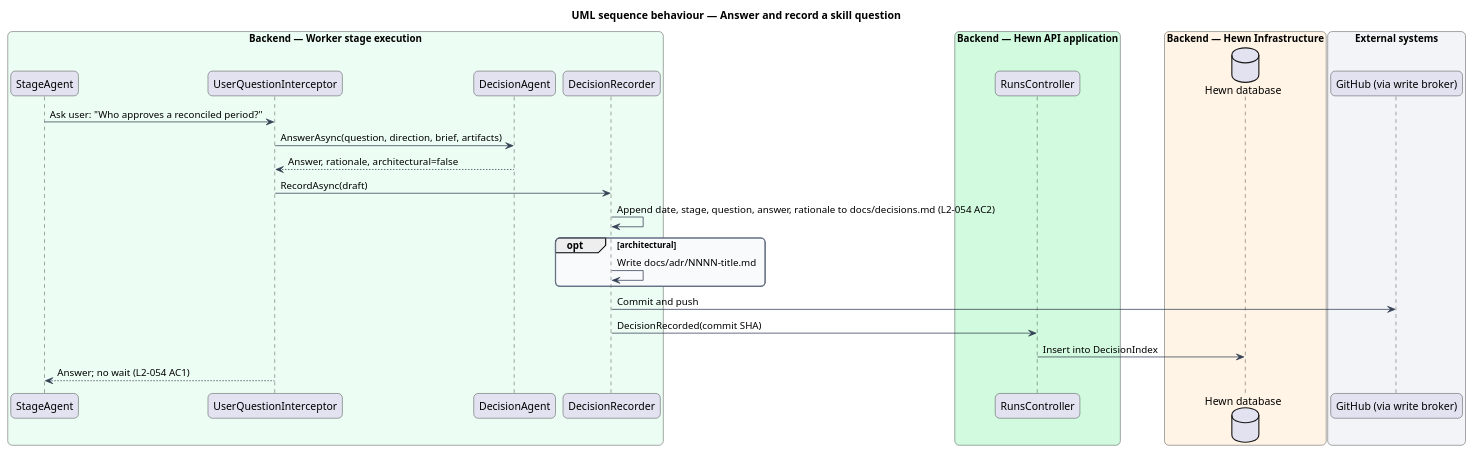
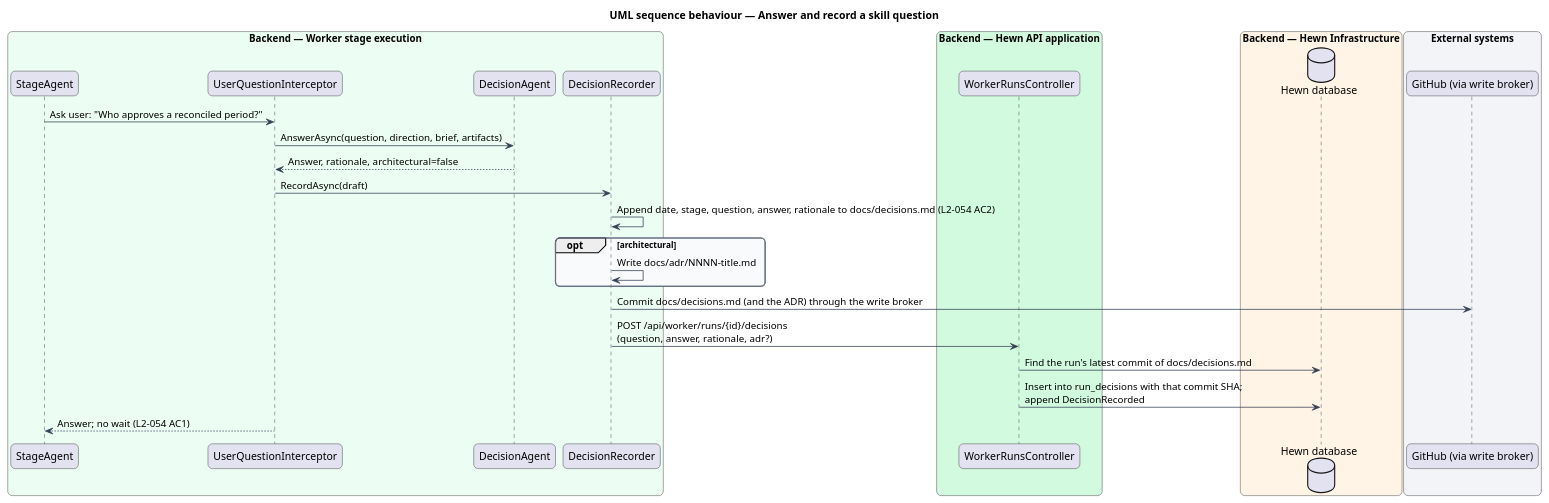
The diagram in docs/detailed-designs/pipeline/record-decisions/diagrams/sequence-answer-and-record.puml (QuinntyneBrown/hewn), drawn with PlantUML before and after one commit. The commit also changed 66 other files, not shown here.

```diff
--- a/docs/detailed-designs/pipeline/record-decisions/diagrams/sequence-answer-and-record.puml
+++ b/docs/detailed-designs/pipeline/record-decisions/diagrams/sequence-answer-and-record.puml
@@ -1,45 +1,46 @@
 @startuml
 title UML sequence behaviour — Answer and record a skill question
 skinparam backgroundColor #FFFFFF
 skinparam shadowing false
 skinparam roundcorner 12
 skinparam defaultFontName Arial
 skinparam ArrowColor #344054
 skinparam rectangle {
   BorderColor #344054
   FontColor #101828
 }
 skinparam package {
   BorderColor #667085
   FontColor #101828
   BackgroundColor #F9FAFB
 }
 skinparam sequenceMessageAlign left
 box "Backend — Worker stage execution" #ECFDF3
   participant "StageAgent" as agent
   participant "UserQuestionInterceptor" as icpt
   participant "DecisionAgent" as decide
   participant "DecisionRecorder" as rec
 end box
 box "Backend — Hewn API application" #D1FADF
-  participant "RunsController" as ctrl
+  participant "WorkerRunsController" as ctrl
 end box
 box "Backend — Hewn Infrastructure" #FFF4E5
   database "Hewn database" as db
 end box
 box "External systems" #F2F4F7
   participant "GitHub (via write broker)" as gh
 end box
 agent -> icpt : Ask user: "Who approves a reconciled period?"
 icpt -> decide : AnswerAsync(question, direction, brief, artifacts)
 decide --> icpt : Answer, rationale, architectural=false
 icpt -> rec : RecordAsync(draft)
 rec -> rec : Append date, stage, question, answer, rationale to docs/decisions.md (L2-054 AC2)
 opt architectural
   rec -> rec : Write docs/adr/NNNN-title.md
 end
-rec -> gh : Commit and push
-rec -> ctrl : DecisionRecorded(commit SHA)
-ctrl -> db : Insert into DecisionIndex
+rec -> gh : Commit docs/decisions.md (and the ADR) through the write broker
+rec -> ctrl : POST /api/worker/runs/{id}/decisions\n(question, answer, rationale, adr?)
+ctrl -> db : Find the run's latest commit of docs/decisions.md
+ctrl -> db : Insert into run_decisions with that commit SHA;\nappend DecisionRecorded
 icpt --> agent : Answer; no wait (L2-054 AC1)
 @enduml
```
